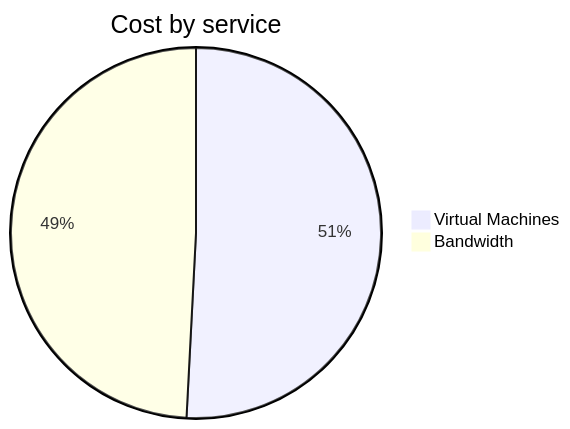
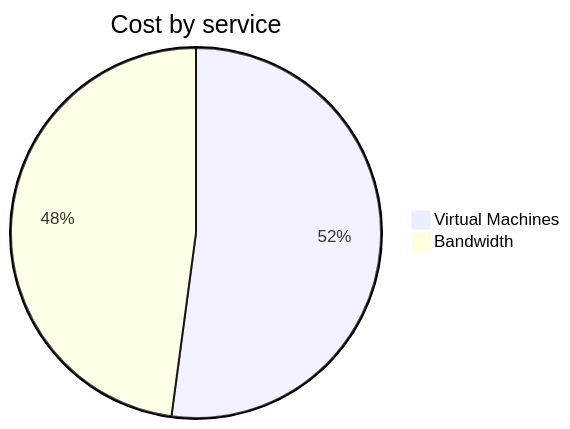
One commit to jpfulton/azure-personal-reports changed the second of 4 diagrams in cost-reports/personal-network/vpn-server.md. Above: the diagram before and after it, drawn with Mermaid. The commit also changed other lines of this file and 8 other files, not shown here.

````diff
--- a/cost-reports/personal-network/vpn-server.md
+++ b/cost-reports/personal-network/vpn-server.md
@@ -96,6 +96,6 @@
 ```mermaid
 pie
    title Cost by service
-   "Virtual Machines" : 2.80
+   "Virtual Machines" : 2.95
    "Bandwidth" : 2.71
 ```
````
